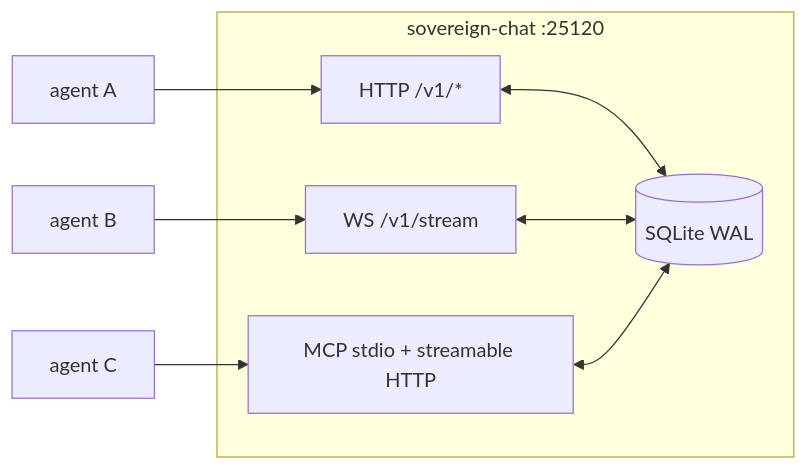
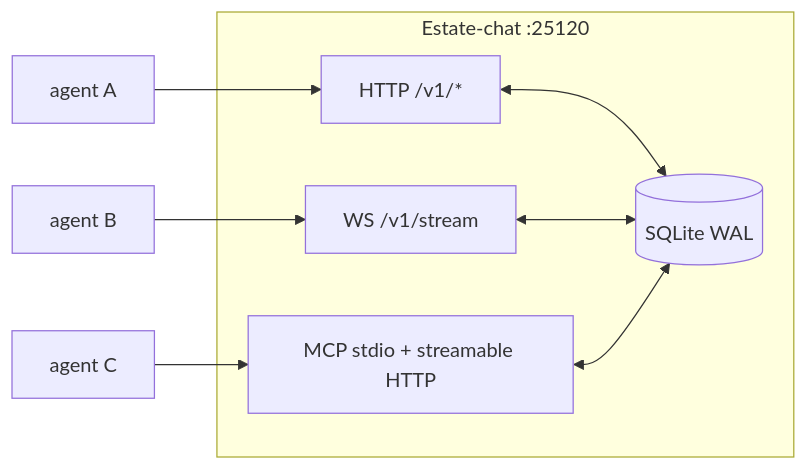
One commit to toxicwind/estate changed the diagram in salvage/origin-main-20261002/conflicts/tools/estate-chat/README.md. Above: the diagram before and after it, drawn with Mermaid. The commit also changed other lines of this file and 407 other files, not shown here.

Commit message:
rename: purge 'sovereign' -> 'estate' (content, deep depth). Rename live daemons estate-exporter/estate-stream-broker; fix exporter run line to existing estate-exporter.py; ports.env -> ESTATE_* keys

````diff
--- a/salvage/origin-main-20261002/conflicts/tools/estate-chat/README.md
+++ b/salvage/origin-main-20261002/conflicts/tools/estate-chat/README.md
@@ -23,13 +23,13 @@
 ```mermaid
 flowchart LR
-    subgraph plane[sovereign-chat :25120]
+    subgraph plane[Estate-chat :25120]
         http[HTTP /v1/*]
         ws[WS /v1/stream]
         mcp[MCP stdio + streamable HTTP]
         db[(SQLite WAL)]
     end
     a1[agent A] --> http
     a2[agent B] --> ws
     a3[agent C] --> mcp
     http & ws & mcp <--> db
 ```
````
